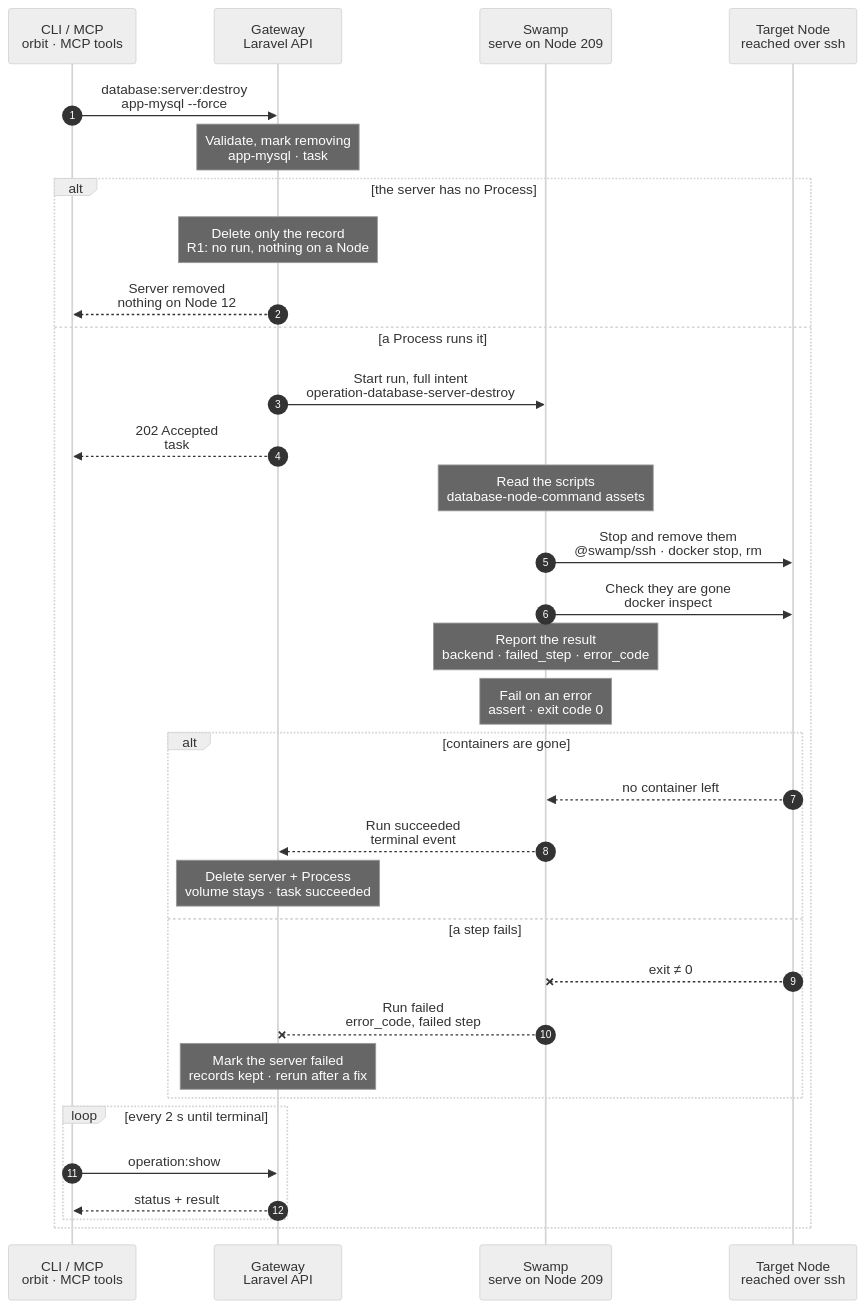
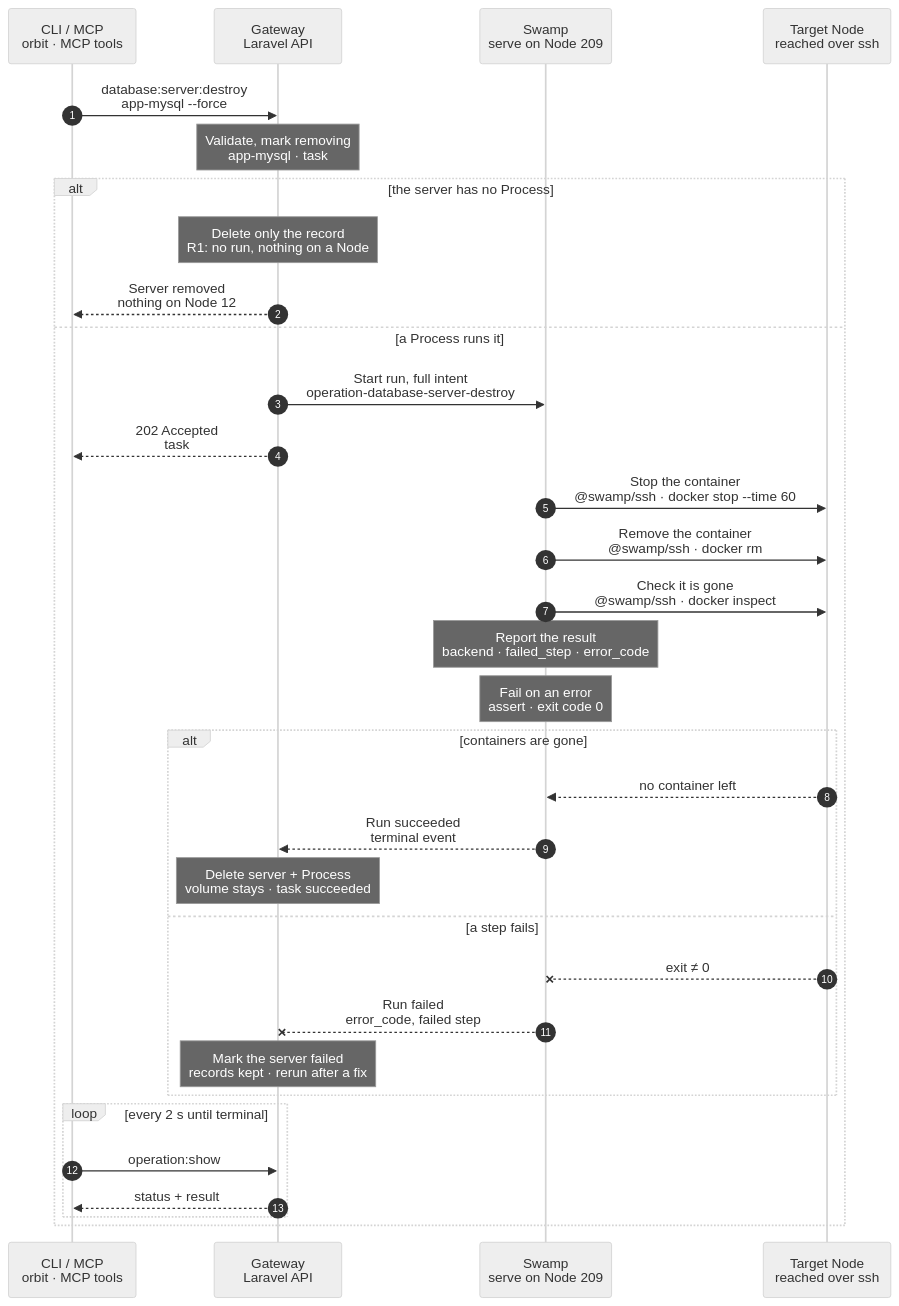
One commit to hardimpactdev/orbit changed the diagram in docs/flows/database_server.destroy.mmd. Above: the diagram before and after it, drawn with Mermaid (neutral theme). The commit also changed 48 other files, not shown here.

```diff
--- a/docs/flows/database_server.destroy.mmd
+++ b/docs/flows/database_server.destroy.mmd
@@ -1,115 +1,113 @@
 sequenceDiagram
-  %% Target design: ADR 0244 task, single-swamp-node, DECISIONS R1 (record-only change starts no run), R2, R4. Same shape as tool.remove.
+  %% Target design: ADR 0244 task, single-swamp-node, DECISIONS R1 (record-only change starts no run), R2, R4, flow-tighten rule 22 (one docker command per step as exec argv; cfgmgmt docker_container stores its env as sensitive output the swamp role cannot write). Same shape as tool.remove.
   %% status: draft
   %% command: database:server:destroy
   autonumber
   %% lane CLI icon=terminal pill=caller tone=gray
   %% lane GW icon=gateway pill=intent tone=blue
   %% lane SW icon=workflow pill=executes tone=green
   %% lane N icon=server pill=target tone=amber
   participant CLI as CLI / MCP<br/>orbit · MCP tools
   participant GW as Gateway<br/>Laravel API
   participant SW as Swamp<br/>serve on Node 209
   participant N as Target Node<br/>reached over ssh
   CLI->>GW: database:server:destroy<br/>app-mysql --force
   %%> Command:
   %%> - `orbit database:server:destroy app-mysql --force`
   %%> - syntax: `<slug> [--force] [--idempotency-key=KEY] [--json]`
   %%> Input:
   %%> - the slug of the Database server as the argument
   %%> Confirmation:
   %%> - without `--force`, the CLI asks first; the default is No
   %%> - a JSON or non-interactive call without `--force` returns `database.confirmation_required`
   Note over GW: Validate, mark removing<br/>app-mysql · task #5160
   %%> Requirements:
   %%> - your Node has an access grant to Node 12, which runs app-mysql
   %%> - no Database connection points to app-mysql (`database.server_in_use`)
   %%> - no database create, user change or other task runs on app-mysql (`database.server_busy`)
   %%> What it does:
   %%> - takes the lock for app-mysql and marks it removing, so new databases on it are refused
   %%> Result:
   %%> - task #5160 recorded with the full intent
   alt the server has no Process
     Note over GW: Delete only the record<br/>R1: no run, nothing on a Node
     %%> When:
     %%> - a create failed before it recorded the Process
     %%> Result:
     %%> - the Database server record is deleted; task #5160 succeeds at once
     GW-->>CLI: Server removed<br/>nothing on Node 12
     %%> What you get:
     %%> - the result at once; there is nothing to follow
   else a Process runs it
     GW->>SW: Start run, full intent<br/>operation-database-server-destroy
     %%> What it does:
     %%> - starts one Swamp run on serve (Node 209)
     %%> Inputs:
     %%> - the Process and its container names, including the candidate and original names a create can leave
     %%> - Node 12's address and SSH host keys; the SSH identity comes from the `swamp` role
     %%> Not included:
     %%> - credentials; removal needs no database login
     GW-->>CLI: 202 Accepted<br/>task #5160
     %%> What you get:
     %%> - the task number, at once
     %%> Next:
     %%> - the CLI follows the task with `operation:show`
-    Note over SW: Read the scripts<br/>database-node-command assets
+    SW->>N: Stop the container<br/>@swamp/ssh · docker stop --time 60
+    %%> How:
+    %%> - Swamp reaches Node 12 over SSH from 209 with the official `@swamp/ssh` behavior, one command as argv
     %%> What it does:
-    %%> - reads the shipped phase script on 209, to send it over SSH in argv
-    SW->>N: Stop and remove them<br/>@swamp/ssh · docker stop, rm
-    %%> How:
-    %%> - Swamp reaches Node 12 over SSH from 209 with the official `@swamp/ssh` behavior
+    %%> - stops the server's container gently; one that is already gone counts as stopped
+    SW->>N: Remove the container<br/>@swamp/ssh · docker rm
     %%> What it does:
-    %%> - lists every container of the Process by its `orbit.process.id` label, including slots left by older creates
-    %%> - refuses a container with the server's name that belongs to another Process, before it changes anything
-    %%> - stops and removes each container that is present; one that is already gone counts as removed
+    %%> - removes the stopped container; one that is already gone counts as removed
     %%> Not removed:
     %%> - the volume `orbit-app-mysql-data`, so the data survives
-    SW->>N: Check they are gone<br/>docker inspect
+    SW->>N: Check it is gone<br/>@swamp/ssh · docker inspect
     %%> What it does:
-    %%> - checks no container of the Process is left
+    %%> - `docker container inspect` must report the container missing; that is the end check
     Note over SW: Report the result<br/>backend · failed_step · error_code
     %%> What it does:
     %%> - maps the first failed step to its error code, for example `database.server_remove_failed`
     Note over SW: Fail on an error<br/>assert · exit code 0
     %%> What it does:
     %%> - fails the run when the report holds an `error_code`, so the task fails with that code
     alt containers are gone
       N-->>SW: no container left
       %%> Returns:
       %%> - the check passed for every container name
       SW-->>GW: Run succeeded<br/>terminal event
       %%> How the Gateway learns it:
       %%> - its shared run reader sees the terminal event; Swamp never calls the Gateway
       Note over GW: Delete server + Process<br/>volume stays · task succeeded
       %%> Result:
       %%> - the Database server and Process records are deleted
       %%> - task #5160 succeeds
       %%> On the Node:
       %%> - the volume `orbit-app-mysql-data` stays; remove it by hand when its data must go
       %%> - a new server with the same slug finds the old volume
     else a step fails
       N--xSW: exit ≠ 0
       %%> When:
       %%> - SSH fails, or Docker refuses to stop or remove a container
       SW--xGW: Run failed<br/>error_code, failed step
       %%> The Gateway reads:
       %%> - which step failed and its error code
       Note over GW: Mark the server failed<br/>records kept · rerun after a fix
       %%> Result:
       %%> - Database server app-mysql and its Process stay recorded, marked failed
       %%> - task #5160 fails
       %%> On the Node:
       %%> - containers removed before the failure stay removed; there is no rollback
       %%> - that is safe: a rerun inspects again and skips containers that are gone
       %%> Retry:
       %%> - run the same command again after fixing the cause; it is a new task
     end
     loop every 2 s until terminal
       CLI->>GW: operation:show #5160
       %%> What it does:
       %%> - asks for the task's status every 2 seconds until it has ended
       GW-->>CLI: status + result
       %%> Returns:
       %%> - the current status, and the result once the task has ended
     end
   end
```
